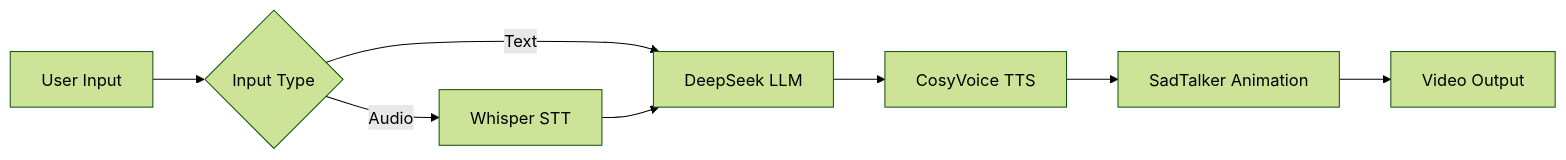
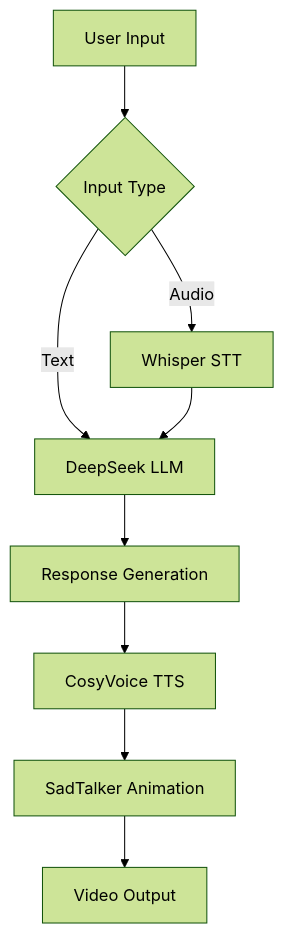
One commit to Book15011/HearthVoice changed the second of 2 diagrams in README.md. Above: the diagram before and after it, drawn with Mermaid (forest theme). The commit also changed other lines of this file, not shown here.

````diff
--- a/README.md
+++ b/README.md
@@ -89,10 +134,11 @@
 ```mermaid
-graph LR
+graph TD
     A[User Input] --> B{Input Type}
     B -->|Text| C[DeepSeek LLM]
     B -->|Audio| D[Whisper STT]
-    C --> E[CosyVoice TTS]
     D --> C
-    E --> F[SadTalker Animation]
-    F --> G[Video Output]
+    C --> E[Response Generation]
+    E --> F[CosyVoice TTS]
+    F --> G[SadTalker Animation]
+    G --> H[Video Output]
 ```
````
